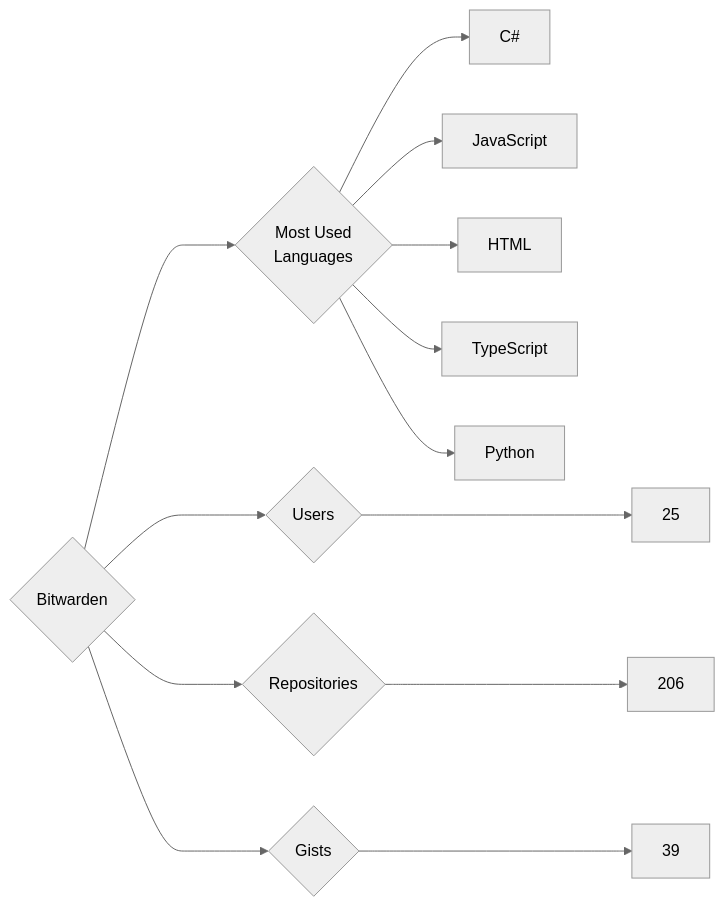
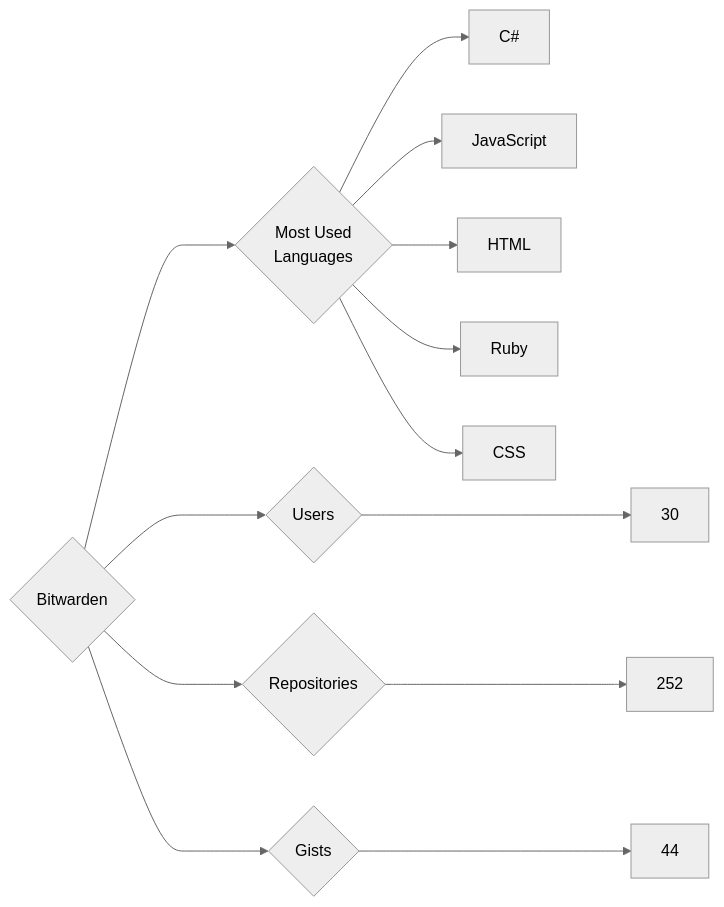
Before and after one commit to trickest/insiders: the diagram in targets/Bitwarden/README.md, drawn with Mermaid (neutral theme). The commit also changed 681 other files, not shown here.

````diff
--- a/targets/Bitwarden/README.md
+++ b/targets/Bitwarden/README.md
@@ -3,13 +3,13 @@
 ```mermaid
 graph LR
 COMPANY_NAME{Bitwarden}
-COMPANY_NAME ---> U{Users} ---> UN[25]
-COMPANY_NAME ---> R{Repositories} ---> RN[206]
-COMPANY_NAME ---> G{Gists} ---> GN[39]
+COMPANY_NAME ---> U{Users} ---> UN[30]
+COMPANY_NAME ---> R{Repositories} ---> RN[252]
+COMPANY_NAME ---> G{Gists} ---> GN[44]
 COMPANY_NAME ---> ML{Most Used<br>Languages}
 ML --> C#[C#]
 ML --> JavaScript[JavaScript]
 ML --> HTML[HTML]
-ML --> TypeScript[TypeScript]
-ML --> Python[Python]
+ML --> Ruby[Ruby]
+ML --> CSS[CSS]
 ```
````
